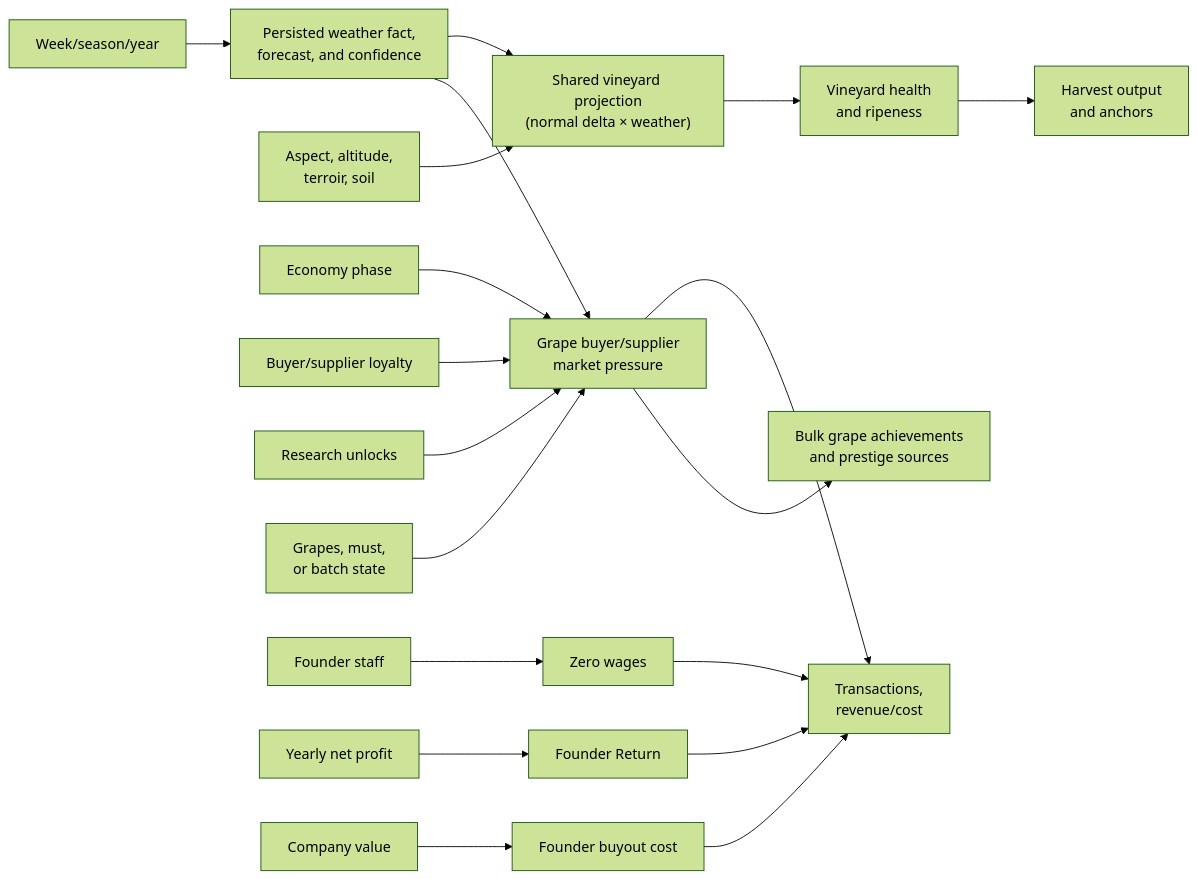
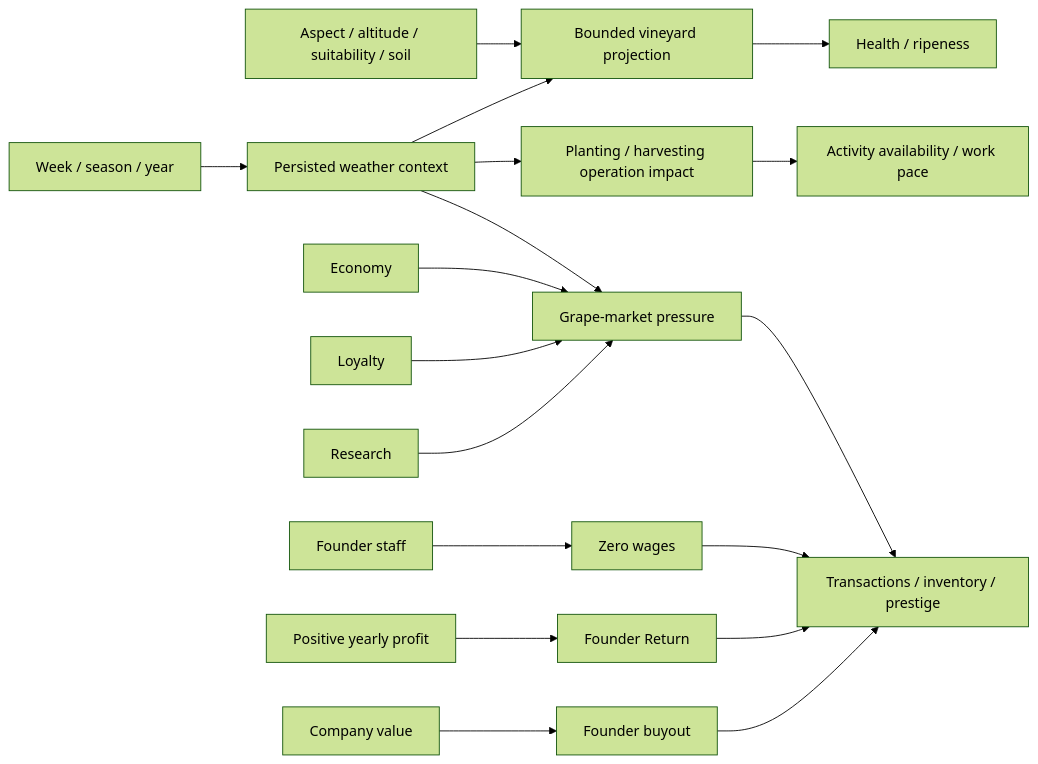
The fourth of 4 diagrams in docs/WineSystem_VariableRelationshipMap.md (gram12321/winemaker04), drawn with Mermaid (forest theme) before and after one commit. The commit also changed other lines of this file and 40 other files, not shown here.

````diff
--- a/docs/WineSystem_VariableRelationshipMap.md
+++ b/docs/WineSystem_VariableRelationshipMap.md
@@ -230,23 +93,15 @@
 ```mermaid
 flowchart LR
-  TIME["Week/season/year"] --> WTH["Persisted weather fact,\nforecast, and confidence"]
-  WTH --> VIMP["Shared vineyard projection\n(normal delta × weather)"]
-  SITE["Aspect, altitude,\nterroir, soil"] --> VIMP
-  VIMP --> VINE["Vineyard health\nand ripeness"]
-  VINE --> HARVEST["Harvest output\nand anchors"]
-
-  WTH --> GM["Grape buyer/supplier\nmarket pressure"]
-  ECO["Economy phase"] --> GM
-  REL["Buyer/supplier loyalty"] --> GM
-  RES["Research unlocks"] --> GM
-  GRAPE["Grapes, must,\nor batch state"] --> GM
-  GM --> CASH["Transactions,\nrevenue/cost"]
-  GM --> PRESTIGE["Bulk grape achievements\nand prestige sources"]
-
-  STAFF["Founder staff"] --> FW["Zero wages"]
-  PROFIT["Yearly net profit"] --> FR["Founder Return"]
-  COMPANY["Company value"] --> FB["Founder buyout cost"]
-  FW --> CASH
-  FR --> CASH
-  FB --> CASH
+  TIME["Week / season / year"] --> WTH["Persisted weather context"]
+  SITE["Aspect / altitude / suitability / soil"] --> PROJ["Bounded vineyard projection"]
+  WTH --> PROJ --> VINE["Health / ripeness"]
+  WTH --> OPS["Planting / harvesting operation impact"] --> WORK["Activity availability / work pace"]
+  WTH --> MARKET["Grape-market pressure"]
+  ECO["Economy"] --> MARKET
+  LOY["Loyalty"] --> MARKET
+  RES["Research"] --> MARKET
+  MARKET --> CASH["Transactions / inventory / prestige"]
+  STAFF["Founder staff"] --> ZERO["Zero wages"] --> CASH
+  PROFIT["Positive yearly profit"] --> RETURN["Founder Return"] --> CASH
+  VALUE["Company value"] --> BUYOUT["Founder buyout"] --> CASH
 ```
````
